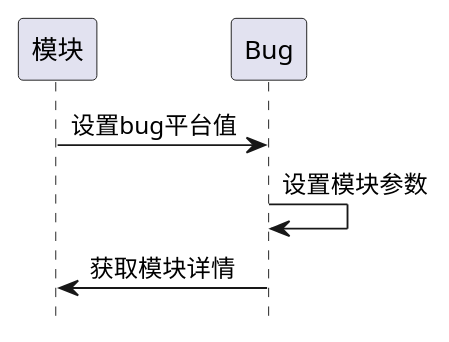
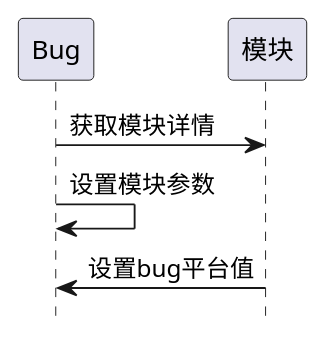
The fifth of 9 diagrams in ibizpms-docs/src/main/doc/v1/module/zentao/Bug_old.md (zj335841911/nt_chandao), drawn with PlantUML before and after one commit. The commit also changed other lines of this file and 2125 other files, not shown here.

```diff
--- a/ibizpms-docs/src/main/doc/v1/module/zentao/Bug_old.md
+++ b/ibizpms-docs/src/main/doc/v1/module/zentao/Bug_old.md
@@ -310,7 +310,7 @@
 {% plantuml %}
 hide footbox
 
+Bug -> 模块: 获取模块详情
+Bug -> Bug: 设置模块参数
 模块 -> Bug: 设置bug平台值
-Bug -> Bug: 设置模块参数
-Bug -> 模块: 获取模块详情
 {% endplantuml %}
```
